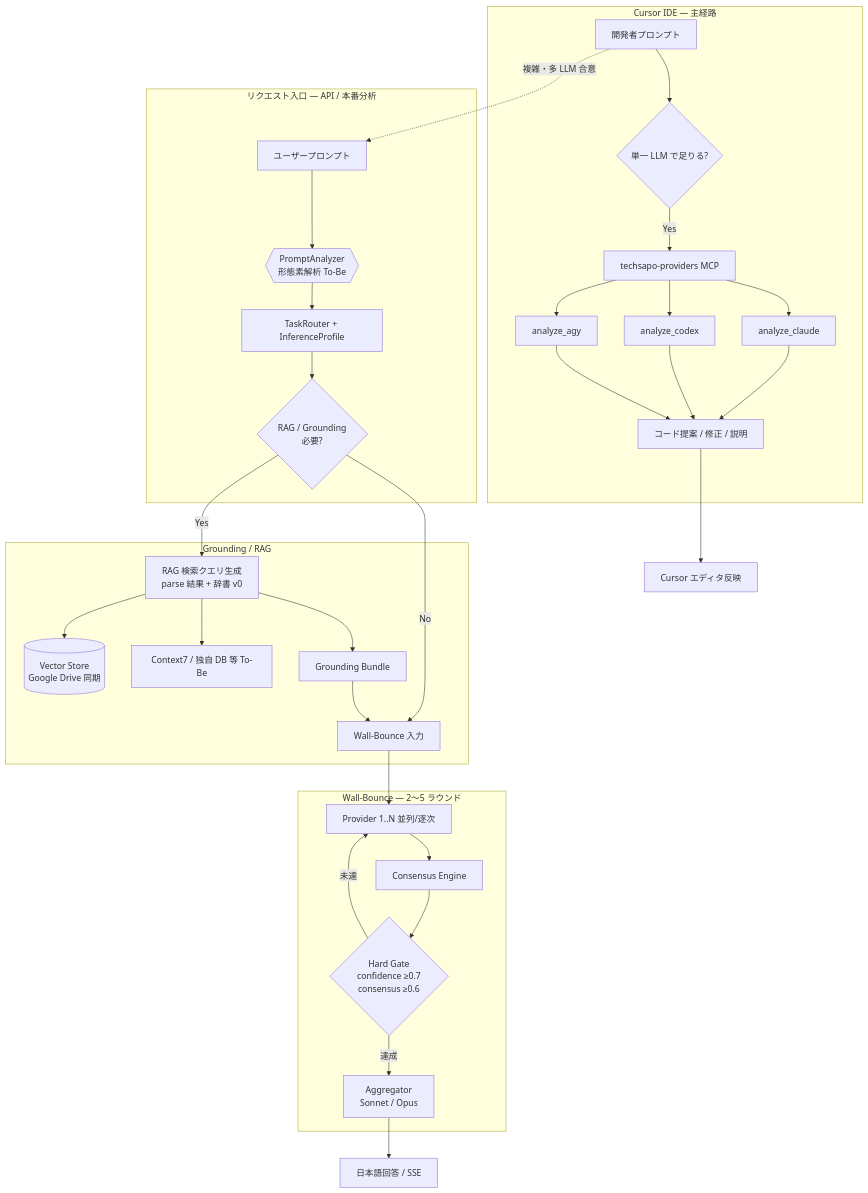
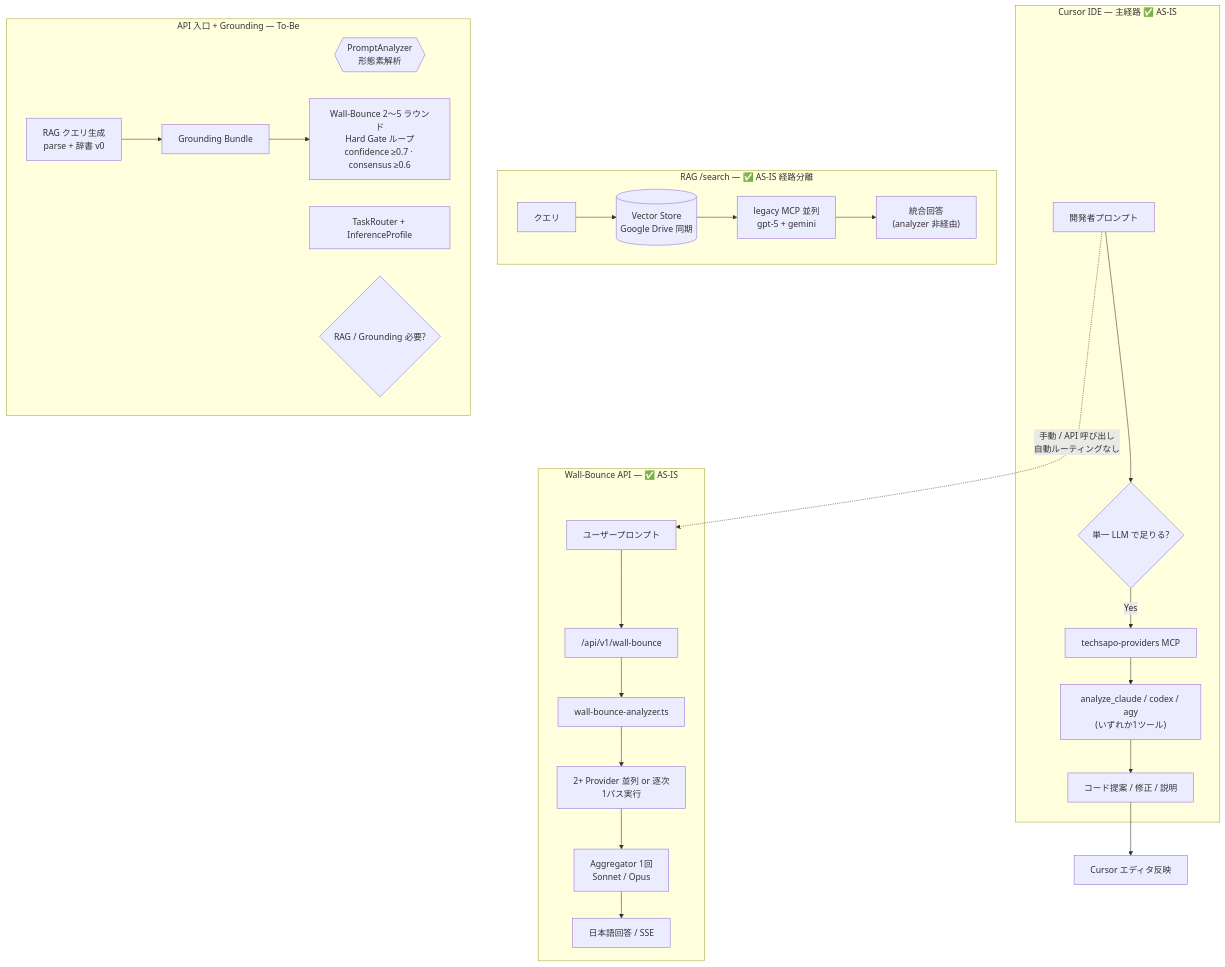
The diagram in README.md (wombat2006/techdev-cursor), drawn with Mermaid before and after one commit. The commit also changed other lines of this file and 1 other file, not shown here.

Commit message:
docs: align README processing flow with AS-IS vs To-Be
Split mermaid into current paths (MCP, analyzer, RAG legacy) vs planned
constitutional rounds; clarify no auto Cursor→API routing.

````diff
--- a/README.md
+++ b/README.md
@@ -125,41 +127,36 @@
 ```mermaid
 flowchart TB
-  subgraph cursor [Cursor IDE — 主経路]
+  subgraph cursor [Cursor IDE — 主経路 ✅ AS-IS]
     U[開発者プロンプト]
     U --> MCP{単一 LLM で足りる?}
     MCP -->|Yes| UP[techsapo-providers MCP]
-    UP --> AC[analyze_claude]
-    UP --> AX[analyze_codex]
-    UP --> AG[analyze_agy]
-    AC & AX & AG --> CR[コード提案 / 修正 / 説明]
+    UP --> TOOL["analyze_claude / codex / agy<br/>(いずれか1ツール)"]
+    TOOL --> CR[コード提案 / 修正 / 説明]
   end
 
-  subgraph ingress [リクエスト入口 — API / 本番分析]
+  subgraph api_as_is [Wall-Bounce API — ✅ AS-IS]
     U2[ユーザープロンプト]
-    U2 --> PA{{PromptAnalyzer<br/>形態素解析 To-Be}}
-    PA --> TR[TaskRouter + InferenceProfile]
-    TR --> RAGQ{RAG / Grounding<br/>必要?}
+    U2 --> WAPI["/api/v1/wall-bounce"]
+    WAPI --> WBA[wall-bounce-analyzer.ts]
+    WBA --> P1["2+ Provider 並列 or 逐次<br/>1パス実行"]
+    P1 --> AGG["Aggregator 1回<br/>Sonnet / Opus"]
+    AGG --> OUT[日本語回答 / SSE]
   end
 
-  subgraph grounding [Grounding / RAG]
-    RAGQ -->|Yes| GQ[RAG 検索クエリ生成<br/>parse 結果 + 辞書 v0]
-    GQ --> VS[(Vector Store<br/>Google Drive 同期)]
-    GQ --> C7[Context7 / 独自 DB 等 To-Be]
-    GQ --> GB[Grounding Bundle]
-    RAGQ -->|No| WBIN[Wall-Bounce 入力]
-    GB --> WBIN
+  subgraph rag_as_is [RAG /search — ✅ AS-IS 経路分離]
+    RQ[クエリ] --> VS[(Vector Store<br/>Google Drive 同期)]
+    VS --> LMCP["legacy MCP 並列<br/>gpt-5 + gemini"]
+    LMCP --> ROUT["統合回答<br/>(analyzer 非経由)"]
   end
 
-  subgraph wallbounce [Wall-Bounce — 2〜5 ラウンド]
-    WBIN --> P1[Provider 1..N 並列/逐次]
-    P1 --> CE[Consensus Engine]
-    CE --> HG{Hard Gate<br/>confidence ≥0.7<br/>consensus ≥0.6}
-    HG -->|未達| P1
-    HG -->|達成| AGG[Aggregator<br/>Sonnet / Opus]
+  subgraph api_tobe [API 入口 + Grounding — To-Be]
+    PA{{"PromptAnalyzer<br/>形態素解析"}}
+    TR[TaskRouter + InferenceProfile]
+    RAGQ{RAG / Grounding 必要?}
+    GQ["RAG クエリ生成<br/>parse + 辞書 v0"] --> GB[Grounding Bundle]
+    GB --> WBLOOP["Wall-Bounce 2〜5 ラウンド<br/>Hard Gate ループ<br/>confidence ≥0.7 · consensus ≥0.6"]
   end
 
-  AGG --> OUT[日本語回答 / SSE]
   CR --> OUT2[Cursor エディタ反映]
-
-  U -.->|複雑・多 LLM 合意| U2
+  U -.->|"手動 / API 呼び出し<br/>自動ルーティングなし"| U2
 ```
````
